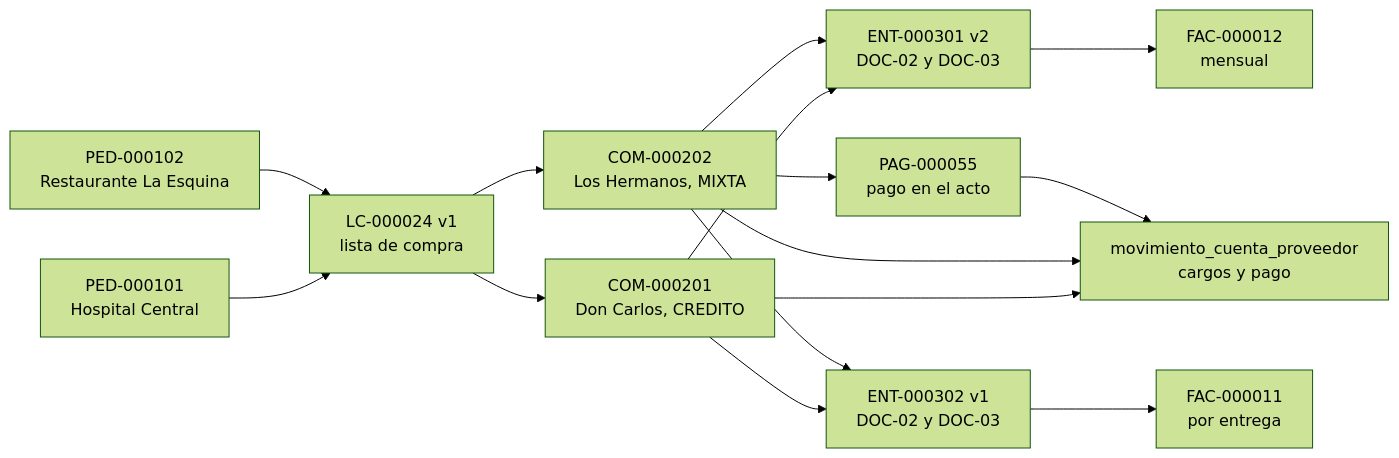
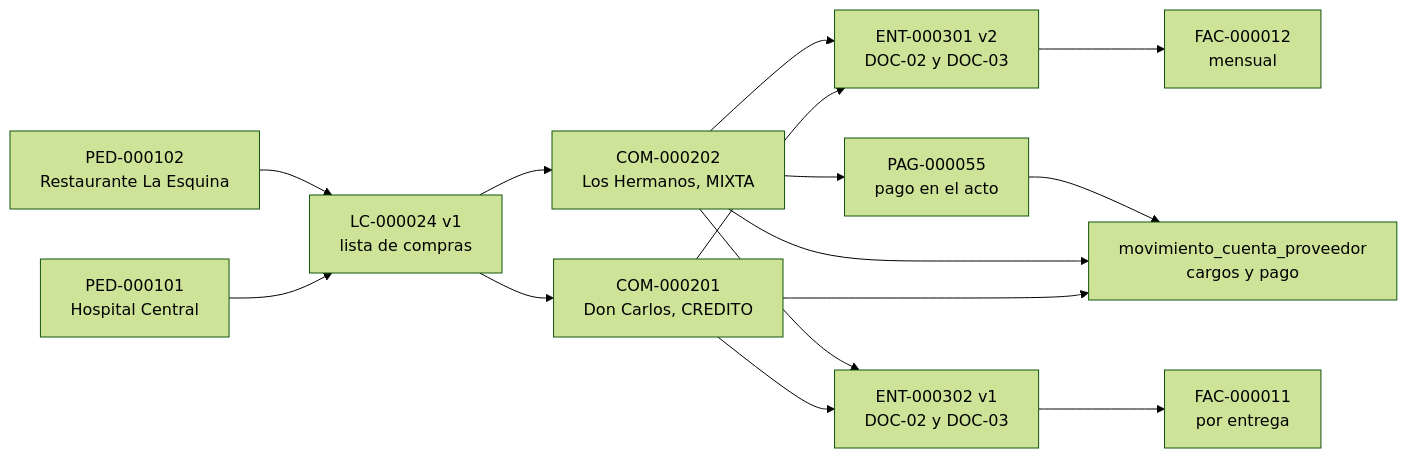
Before and after one commit to Facumirande/sistema-juan: the seventh of 7 diagrams in docs/plan/03-modelo-de-datos.md, drawn with Mermaid (forest theme). The commit also changed other lines of this file and 69 other files, not shown here.

````diff
--- a/docs/plan/03-modelo-de-datos.md
+++ b/docs/plan/03-modelo-de-datos.md
@@ -1764,17 +1767,17 @@
 ```mermaid
 flowchart LR
-    P1["PED-000101<br/>Hospital Central"] --> LC["LC-000024 v1<br/>lista de compra"]
+    P1["PED-000101<br/>Hospital Central"] --> LC["LC-000024 v1<br/>lista de compras"]
     P2["PED-000102<br/>Restaurante La Esquina"] --> LC
     LC --> C1["COM-000201<br/>Don Carlos, CREDITO"]
     LC --> C2["COM-000202<br/>Los Hermanos, MIXTA"]
     C1 --> M["movimiento_cuenta_proveedor<br/>cargos y pago"]
     C2 --> M
     C2 --> PG["PAG-000055<br/>pago en el acto"]
     PG --> M
     C1 --> E1["ENT-000301 v2<br/>DOC-02 y DOC-03"]
     C2 --> E1
     C1 --> E2["ENT-000302 v1<br/>DOC-02 y DOC-03"]
     C2 --> E2
     E1 --> F1["FAC-000012<br/>mensual"]
     E2 --> F2["FAC-000011<br/>por entrega"]
 ```
````
